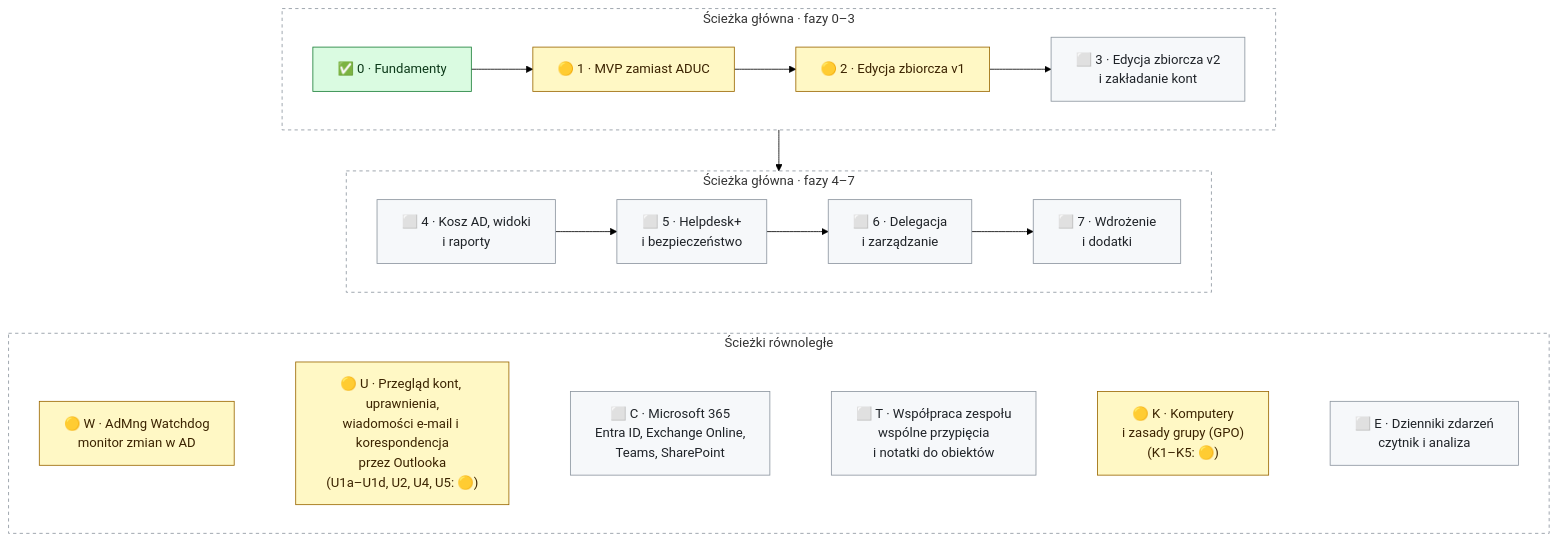
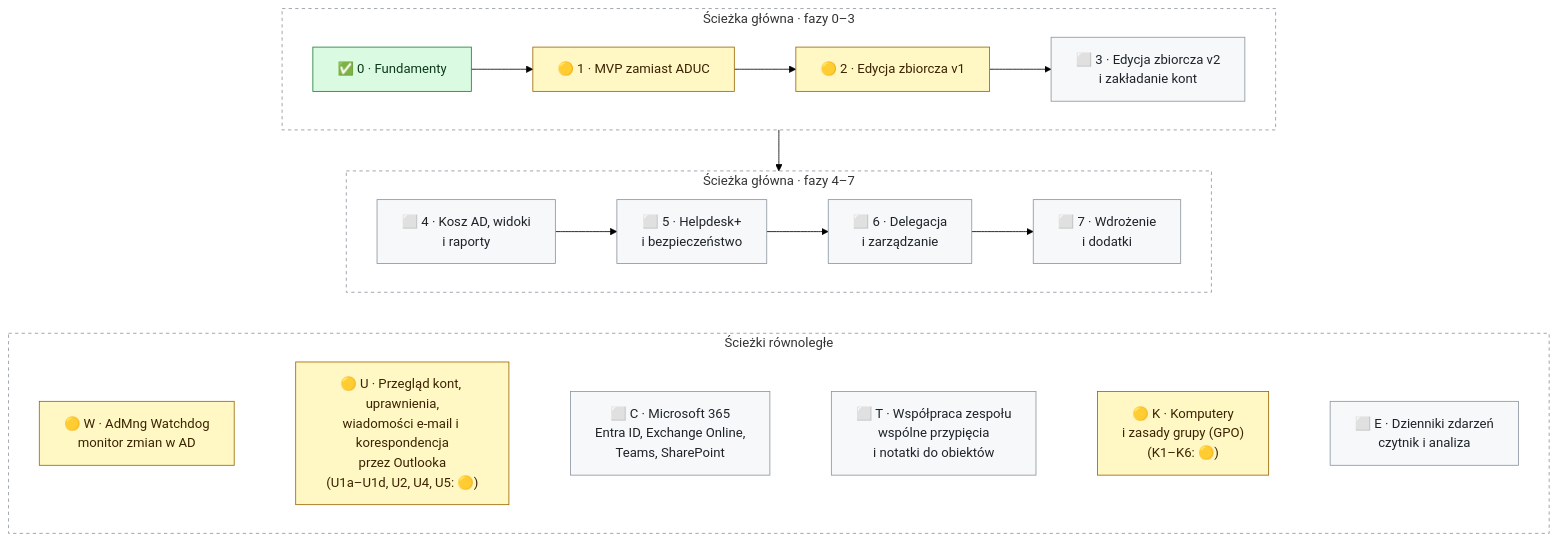
Before and after one commit to DarienRahl/AD_MNG: the diagram in README.md, drawn with Mermaid (forest theme). The commit also changed other lines of this file and 3 other files, not shown here.

````diff
--- a/README.md
+++ b/README.md
@@ -181,26 +181,26 @@
 ```mermaid
 flowchart TB
     subgraph A["Ścieżka główna · fazy 0–3"]
         direction LR
         F0["✅ 0 · Fundamenty"] --> F1["🟡 1 · MVP zamiast ADUC"] --> F2["🟡 2 · Edycja zbiorcza v1"] --> F3["⬜ 3 · Edycja zbiorcza v2<br/>i zakładanie kont"]
     end
     subgraph B["Ścieżka główna · fazy 4–7"]
         direction LR
         F4["⬜ 4 · Kosz AD, widoki<br/>i raporty"] --> F5["⬜ 5 · Helpdesk+<br/>i bezpieczeństwo"] --> F6["⬜ 6 · Delegacja<br/>i zarządzanie"] --> F7["⬜ 7 · Wdrożenie<br/>i dodatki"]
     end
     subgraph C["Ścieżki równoległe"]
         direction LR
-        W["🟡 W · AdMng Watchdog<br/>monitor zmian w AD"] ~~~ U["🟡 U · Przegląd kont, uprawnienia,<br/>wiadomości e-mail i korespondencja<br/>przez Outlooka<br/>(U1a–U1d, U2, U4, U5: 🟡)"] ~~~ M365["⬜ C · Microsoft 365<br/>Entra ID, Exchange Online,<br/>Teams, SharePoint"] ~~~ TEAM["⬜ T · Współpraca zespołu<br/>wspólne przypięcia<br/>i notatki do obiektów"] ~~~ K["🟡 K · Komputery<br/>i zasady grupy (GPO)<br/>(K1–K5: 🟡)"] ~~~ EVT["⬜ E · Dzienniki zdarzeń<br/>czytnik i analiza"]
+        W["🟡 W · AdMng Watchdog<br/>monitor zmian w AD"] ~~~ U["🟡 U · Przegląd kont, uprawnienia,<br/>wiadomości e-mail i korespondencja<br/>przez Outlooka<br/>(U1a–U1d, U2, U4, U5: 🟡)"] ~~~ M365["⬜ C · Microsoft 365<br/>Entra ID, Exchange Online,<br/>Teams, SharePoint"] ~~~ TEAM["⬜ T · Współpraca zespołu<br/>wspólne przypięcia<br/>i notatki do obiektów"] ~~~ K["🟡 K · Komputery<br/>i zasady grupy (GPO)<br/>(K1–K6: 🟡)"] ~~~ EVT["⬜ E · Dzienniki zdarzeń<br/>czytnik i analiza"]
     end
     A --> B
     B ~~~ C
     classDef done fill:#dafbe1,stroke:#1a7f37,color:#0d3a1a
     classDef wip fill:#fff8c5,stroke:#9a6700,color:#3b2300
     classDef todo fill:#f6f8fa,stroke:#8c959f,color:#1f2328
     class F0 done
     class F1,F2,W,U,K wip
     class F3,F4,F5,F6,F7,M365,TEAM,EVT todo
     style A fill:transparent,stroke:#8c959f,stroke-dasharray:4 4
     style B fill:transparent,stroke:#8c959f,stroke-dasharray:4 4
     style C fill:transparent,stroke:#8c959f,stroke-dasharray:4 4
 ```
````
